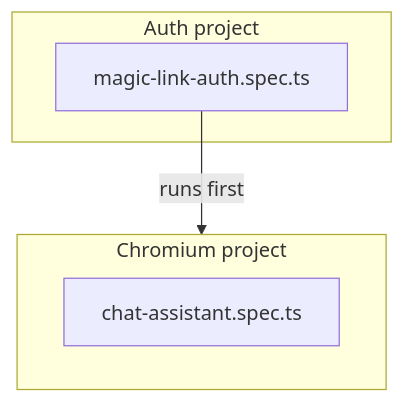
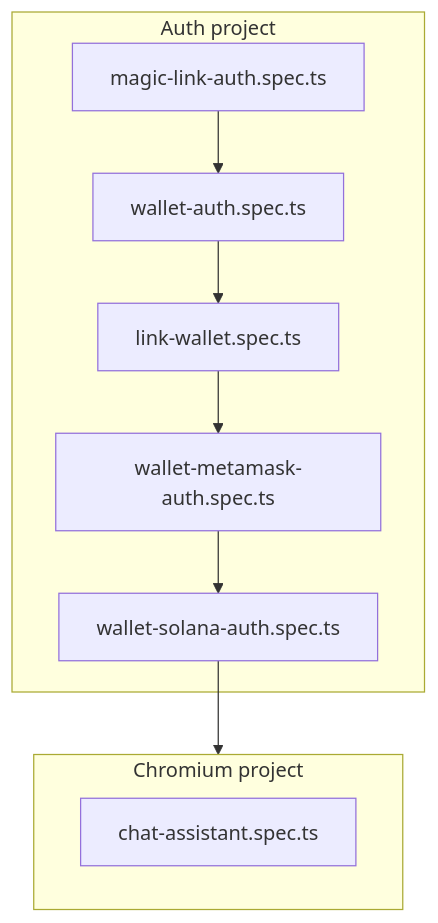
The diagram in apps/docu/content/docs/testing/e2e-testing.mdx (blockmatic/basilic), drawn with Mermaid before and after one commit. The commit also changed other lines of this file and 4 other files, not shown here.

Commit message:
test(next): re-enable wallet e2e in auth group

````diff
--- a/apps/docu/content/docs/testing/e2e-testing.mdx
+++ b/apps/docu/content/docs/testing/e2e-testing.mdx
@@ -98,12 +102,16 @@
 ```mermaid
 flowchart TB
   subgraph AuthProj [Auth project]
     MagicLinkAuth[magic-link-auth.spec.ts]
+    WalletAuth[wallet-auth.spec.ts]
+    LinkWallet[link-wallet.spec.ts]
+    WalletMetaMask[wallet-metamask-auth.spec.ts]
+    WalletSolana[wallet-solana-auth.spec.ts]
   end
 
   subgraph ChromiumProj [Chromium project]
     ChatAssistant[chat-assistant.spec.ts]
   end
 
-  MagicLinkAuth -->|runs first| ChromiumProj
+  MagicLinkAuth --> WalletAuth --> LinkWallet --> WalletMetaMask --> WalletSolana --> ChromiumProj
 ```
````
